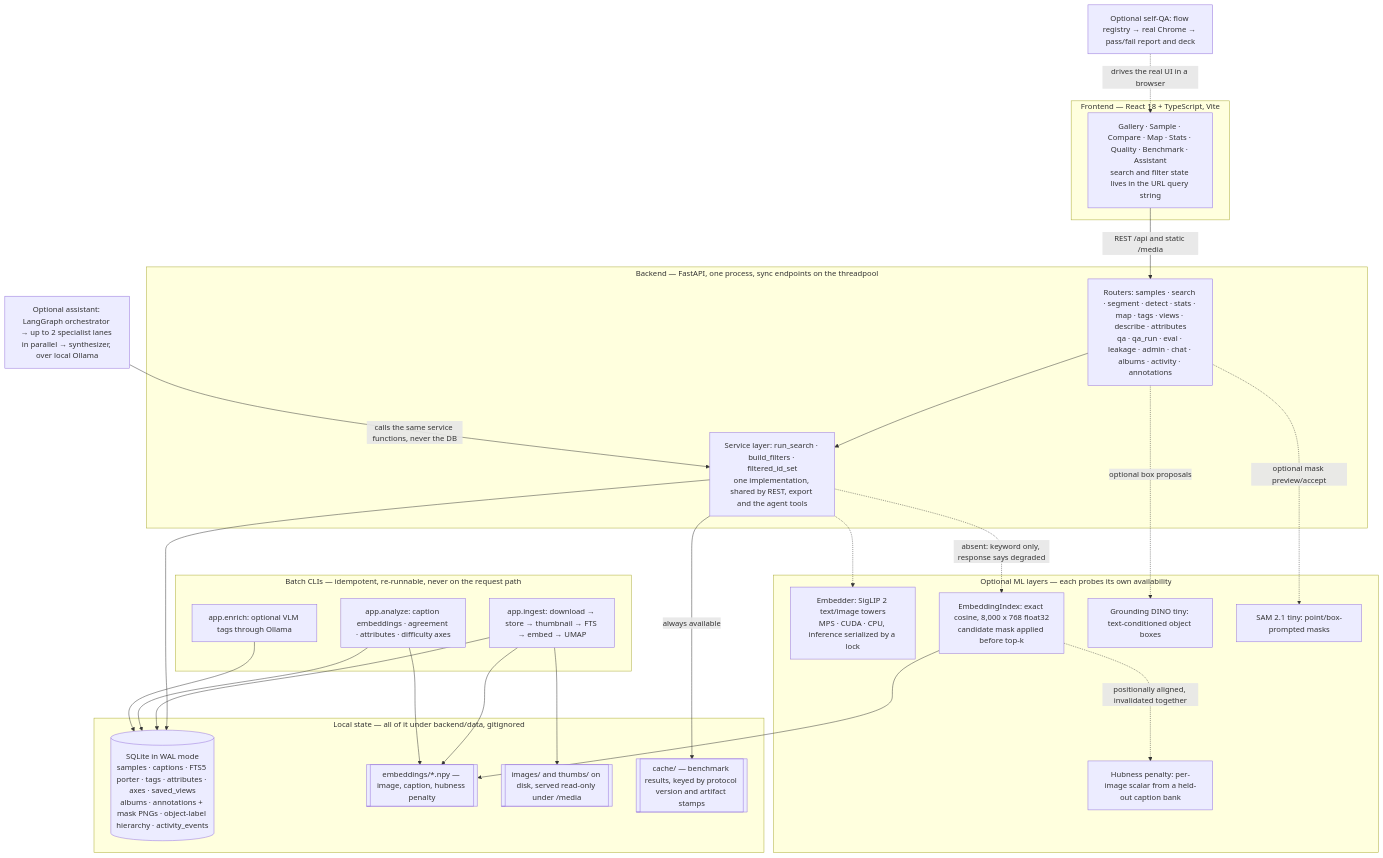
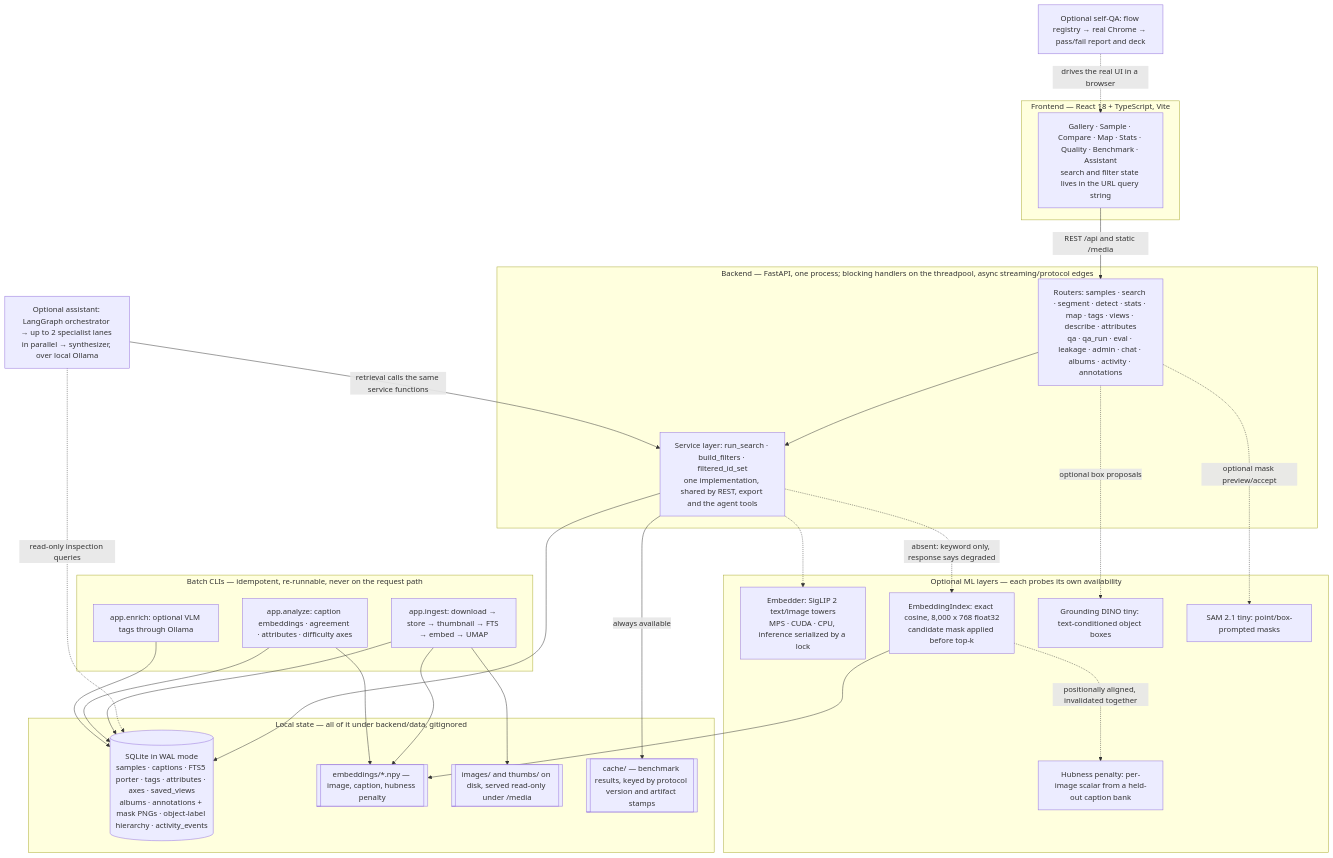
The diagram in docs/ARCHITECTURE.md (aimanyounises1/cv-dataset-explorer), drawn with Mermaid before and after one commit. The commit also changed other lines of this file and 51 other files, not shown here.

````diff
--- a/docs/ARCHITECTURE.md
+++ b/docs/ARCHITECTURE.md
@@ -11,54 +11,55 @@
 ```mermaid
 flowchart TB
   subgraph fe["Frontend — React 18 + TypeScript, Vite"]
     UI["Gallery · Sample · Compare · Map · Stats · Quality · Benchmark · Assistant<br/>search and filter state lives in the URL query string"]
   end
 
-  subgraph be["Backend — FastAPI, one process, sync endpoints on the threadpool"]
+  subgraph be["Backend — FastAPI, one process; blocking handlers on the threadpool, async streaming/protocol edges"]
     RT["Routers: samples · search · segment · detect · stats · map · tags · views · describe · attributes<br/>qa · qa_run · eval · leakage · admin · chat · albums · activity · annotations"]
     SV["Service layer: run_search · build_filters · filtered_id_set<br/>one implementation, shared by REST, export and the agent tools"]
   end
 
   subgraph ml["Optional ML layers — each probes its own availability"]
     EM["Embedder: SigLIP 2 text/image towers<br/>MPS · CUDA · CPU, inference serialized by a lock"]
     IX["EmbeddingIndex: exact cosine, 8,000 x 768 float32<br/>candidate mask applied before top-k"]
     HB["Hubness penalty: per-image scalar from a held-out caption bank"]
     OD["Grounding DINO tiny: text-conditioned object boxes"]
     SG["SAM 2.1 tiny: point/box-prompted masks"]
   end
 
   subgraph st["Local state — all of it under backend/data, gitignored"]
     DB[("SQLite in WAL mode<br/>samples · captions · FTS5 porter · tags · attributes · axes · saved_views<br/>albums · annotations + mask PNGs · object-label hierarchy · activity_events")]
     NP[["embeddings/*.npy — image, caption, hubness penalty"]]
     IM[["images/ and thumbs/ on disk, served read-only under /media"]]
     CA[["cache/ — benchmark results, keyed by protocol version and artifact stamps"]]
   end
 
   subgraph bt["Batch CLIs — idempotent, re-runnable, never on the request path"]
     IG["app.ingest: download → store → thumbnail → FTS → embed → UMAP"]
     AN["app.analyze: caption embeddings · agreement · attributes · difficulty axes"]
     EN["app.enrich: optional VLM tags through Ollama"]
   end
 
   AG["Optional assistant: LangGraph orchestrator → up to 2 specialist lanes in parallel → synthesizer, over local Ollama"]
   QA["Optional self-QA: flow registry → real Chrome → pass/fail report and deck"]
 
   UI -->|"REST /api and static /media"| RT
   RT --> SV
   SV --> DB
   SV -->|"always available"| CA
   SV -.->|"absent: keyword only, response says degraded"| IX
   SV -.-> EM
   RT -.->|"optional box proposals"| OD
   RT -.->|"optional mask preview/accept"| SG
   IX --> NP
   IX -.->|"positionally aligned, invalidated together"| HB
-  AG -->|"calls the same service functions, never the DB"| SV
+  AG -->|"retrieval calls the same service functions"| SV
+  AG -.->|"read-only inspection queries"| DB
   QA -.->|"drives the real UI in a browser"| UI
   IG --> DB
   IG --> NP
   IG --> IM
   AN --> DB
   AN --> NP
   EN --> DB
 ```
````
